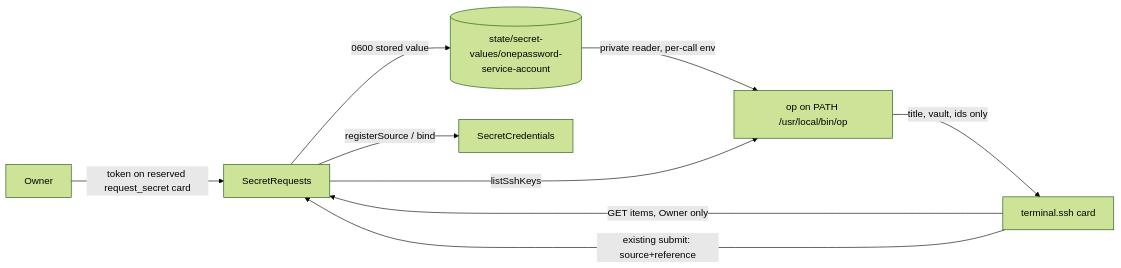
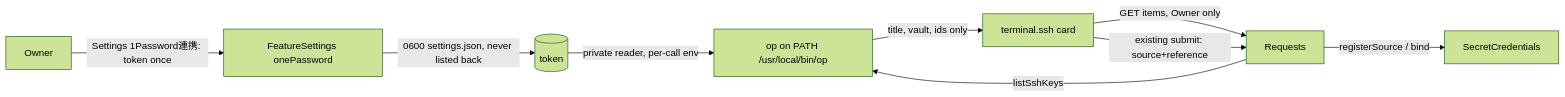
One commit to kitepon/BellTeam changed the third of 4 diagrams in docs/architecture/modules/usage/secret-credentials.md. Above: the diagram before and after it, drawn with Mermaid (forest theme). The commit also changed other lines of this file and 18 other files, not shown here.

First line of the commit message:
feat(usage): Settings "1Password連携" token field with on-screen guide and status

````diff
--- a/docs/architecture/modules/usage/secret-credentials.md
+++ b/docs/architecture/modules/usage/secret-credentials.md
@@ -139,11 +139,11 @@
 ```mermaid
 flowchart LR
-  Owner -->|token on reserved request_secret card| Requests[SecretRequests]
-  Requests -->|0600 stored value| Token[(state/secret-values/onepassword-service-account)]
+  Owner -->|Settings 1Password連携: token once| Settings[FeatureSettings onePassword]
+  Settings -->|0600 settings.json, never listed back| Token[(token)]
   Token -->|private reader, per-call env| OP[op on PATH /usr/local/bin/op]
   Card[terminal.ssh card] -->|GET items, Owner only| Requests
   Requests -->|listSshKeys| OP
   OP -->|title, vault, ids only| Card
   Card -->|existing submit: source+reference| Requests
   Requests -->|registerSource / bind| Credentials[SecretCredentials]
 ```
````
